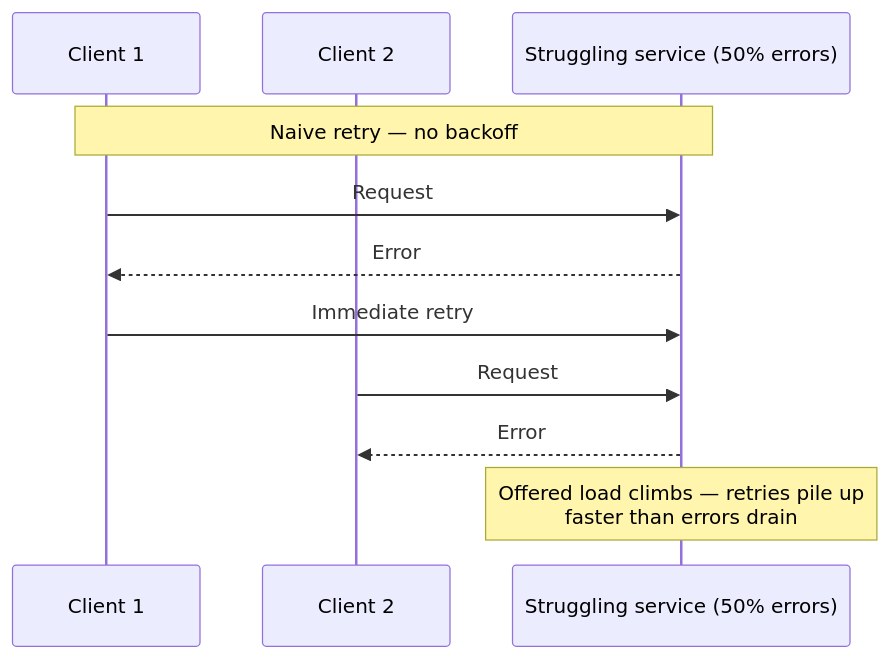
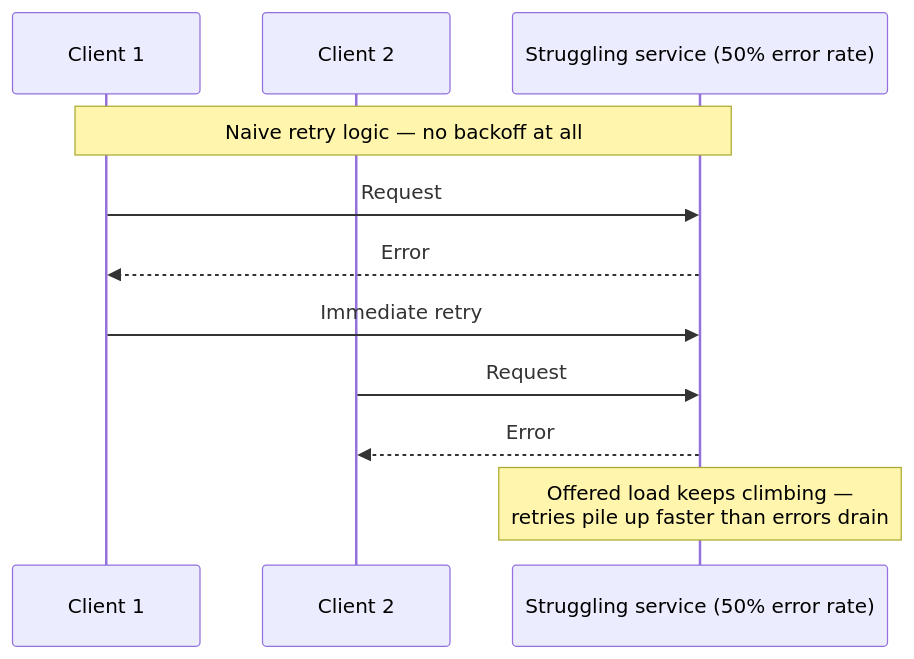
One commit to riyaz-pasha/Learnings changed the sixth of 11 diagrams in system-design/HLD/0-course/39-Spectacular-Failures-FAANG-Guide-story.md. Above: the diagram before and after it, drawn with Mermaid. The commit also changed other lines of this file and 1 other file, not shown here.

Commit message:
[REWRITE] Spectacular Failures story guide: simplify prose, add structure, fix diagrams

````diff
--- a/system-design/HLD/0-course/39-Spectacular-Failures-FAANG-Guide-story.md
+++ b/system-design/HLD/0-course/39-Spectacular-Failures-FAANG-Guide-story.md
@@ -258,13 +348,14 @@
 ```mermaid
 sequenceDiagram
     participant C1 as Client 1
     participant C2 as Client 2
-    participant S as Struggling service (50% errors)
-    Note over C1,S: Naive retry — no backoff
+    participant S as Struggling service (50% error rate)
+
+    Note over C1,S: Naive retry logic — no backoff at all
     C1->>S: Request
     S-->>C1: Error
     C1->>S: Immediate retry
     C2->>S: Request
     S-->>C2: Error
-    Note over S: Offered load climbs — retries pile up<br/>faster than errors drain
+    Note over S: Offered load keeps climbing —<br/>retries pile up faster than errors drain
 ```
````
